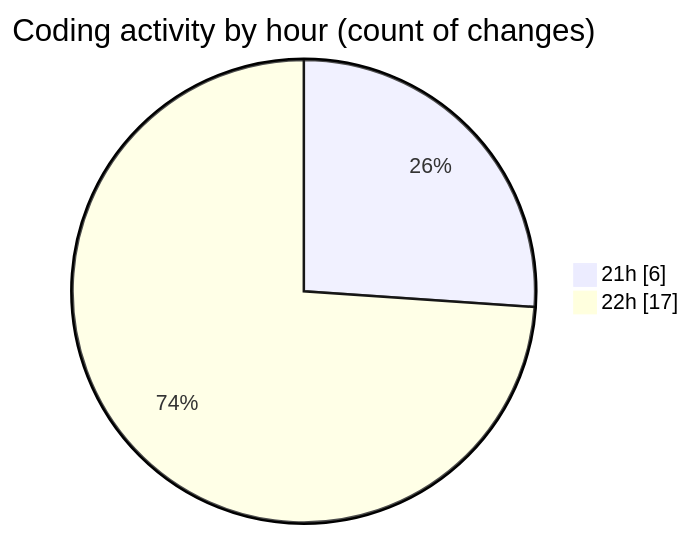
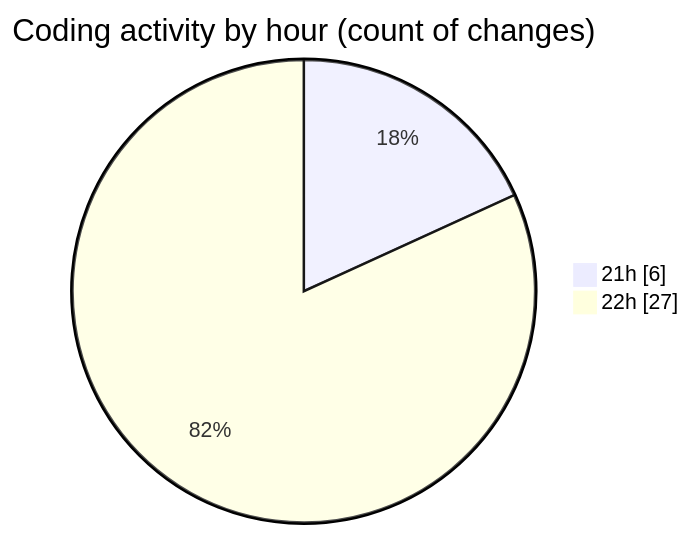
The second of 2 diagrams in 2026-02-17/classes/README.md (hasnaa123/code-tracking), drawn with Mermaid before and after one commit. The commit also changed other lines of this file and 1 other file, not shown here.

````diff
--- a/2026-02-17/classes/README.md
+++ b/2026-02-17/classes/README.md
@@ -29,6 +30,6 @@
 ```mermaid
 pie showData
 title Coding activity by hour (count of changes)
 "21h" : 6
-"22h" : 17
+"22h" : 27
 ```
````
